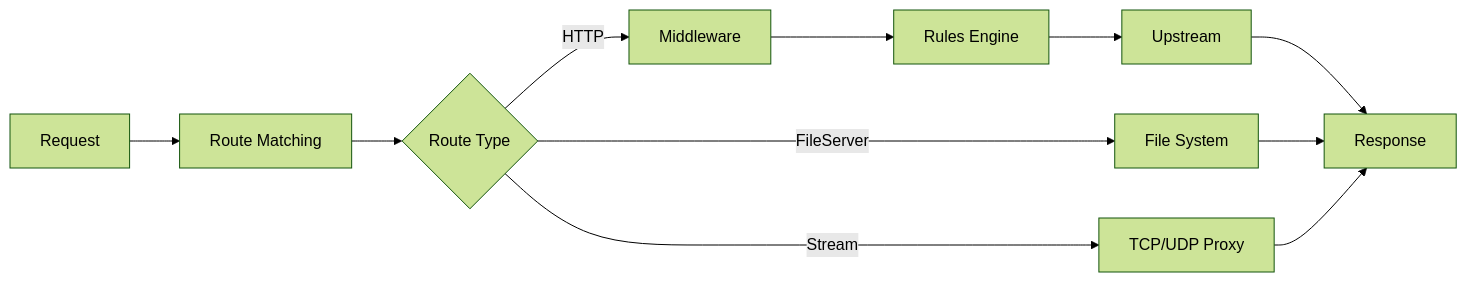
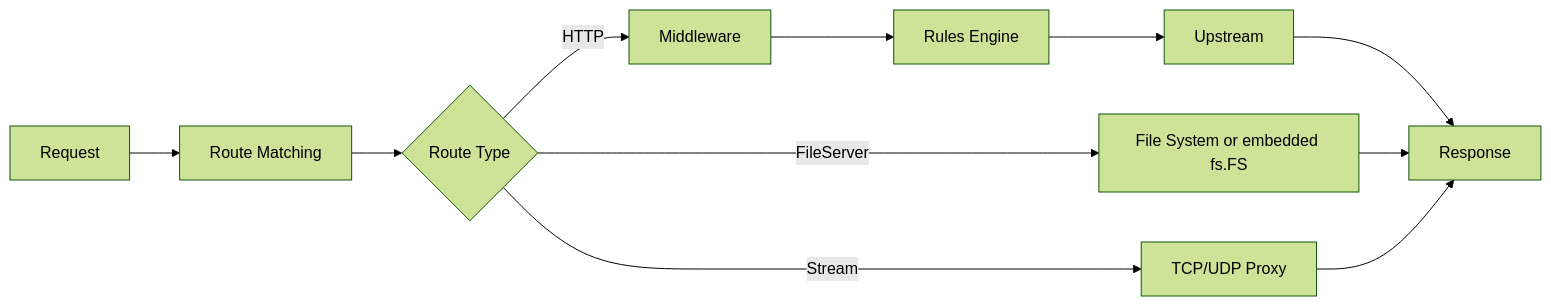
Before and after one commit to yusing/godoxy-wiki: the third of 4 diagrams in content/docs/impl/internal-route.mdx, drawn with Mermaid (forest theme). The commit also changed other lines of this file and 20 other files, not shown here.

````diff
--- a/content/docs/impl/internal-route.mdx
+++ b/content/docs/impl/internal-route.mdx
@@ -192,14 +202,14 @@
 ```mermaid
 flowchart LR
     A[Request] --> B[Route Matching]
     B --> C{Route Type}
     C -->|HTTP| D[Middleware]
-    C -->|FileServer| E[File System]
+    C -->|FileServer| E[File System or embedded fs.FS]
     C -->|Stream| F[TCP/UDP Proxy]
 
     D --> G[Rules Engine]
     G --> H[Upstream]
     H --> I[Response]
     E --> I
     F --> I
 ```
````
